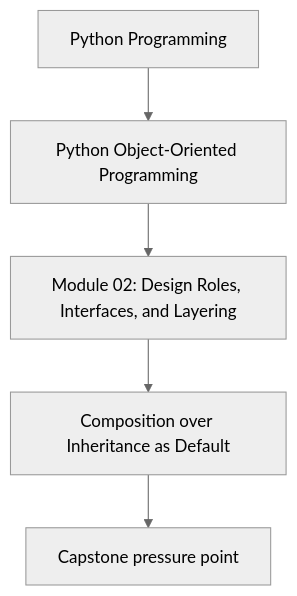
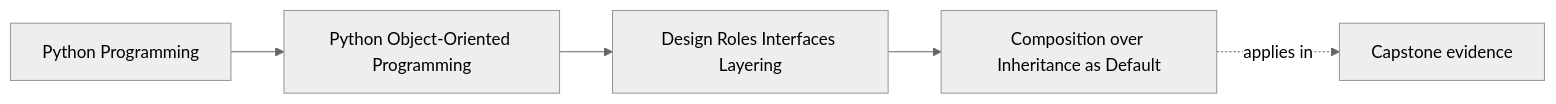
One commit to bijux/bijux-masterclass changed the first of 2 diagrams in programs/python-programming/python-object-oriented-programming/course-book/module-02-design-roles-interfaces-layering/composition-over-inheritance.md. Above: the diagram before and after it, drawn with Mermaid (neutral theme). The commit also changed other lines of this file and 65 other files, not shown here.

Commit message:
docs(python-object-oriented-programming): map object model and design foundations

````diff
--- a/programs/python-programming/python-object-oriented-programming/course-book/module-02-design-roles-interfaces-layering/composition-over-inheritance.md
+++ b/programs/python-programming/python-object-oriented-programming/course-book/module-02-design-roles-interfaces-layering/composition-over-inheritance.md
@@ -7,7 +7,11 @@
 ```mermaid
-flowchart TD
-  family["Python Programming"] --> program["Python Object-Oriented Programming"]
-  program --> module["Module 02: Design Roles, Interfaces, and Layering"]
-  module --> concept["Composition over Inheritance as Default"]
-  concept --> capstone["Capstone pressure point"]
+graph LR
+  family["Python Programming"]
+  program["Python Object-Oriented Programming"]
+  section["Design Roles Interfaces Layering"]
+  page["Composition over Inheritance as Default"]
+  capstone["Capstone evidence"]
+
+  family --> program --> section --> page
+  page -.applies in.-> capstone
 ```
````
